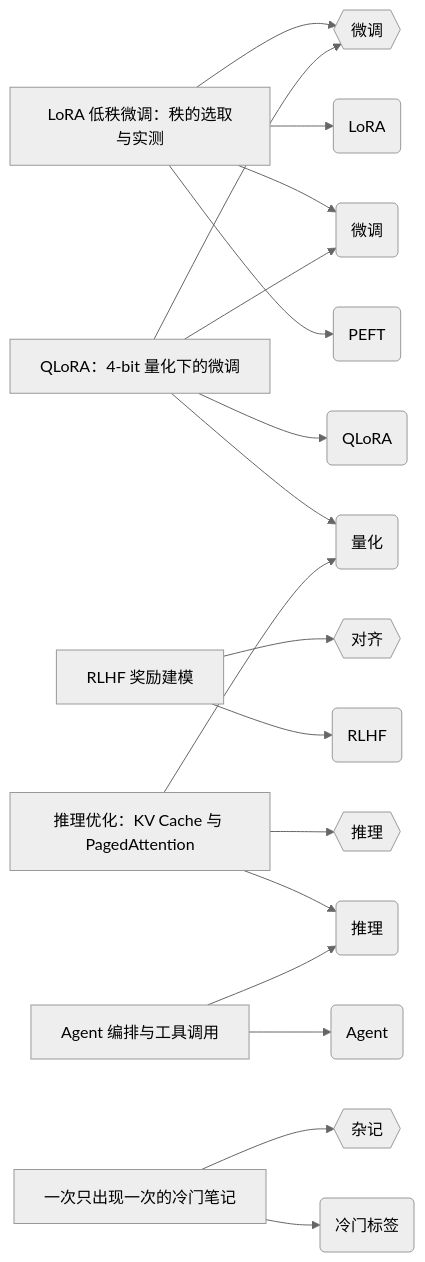
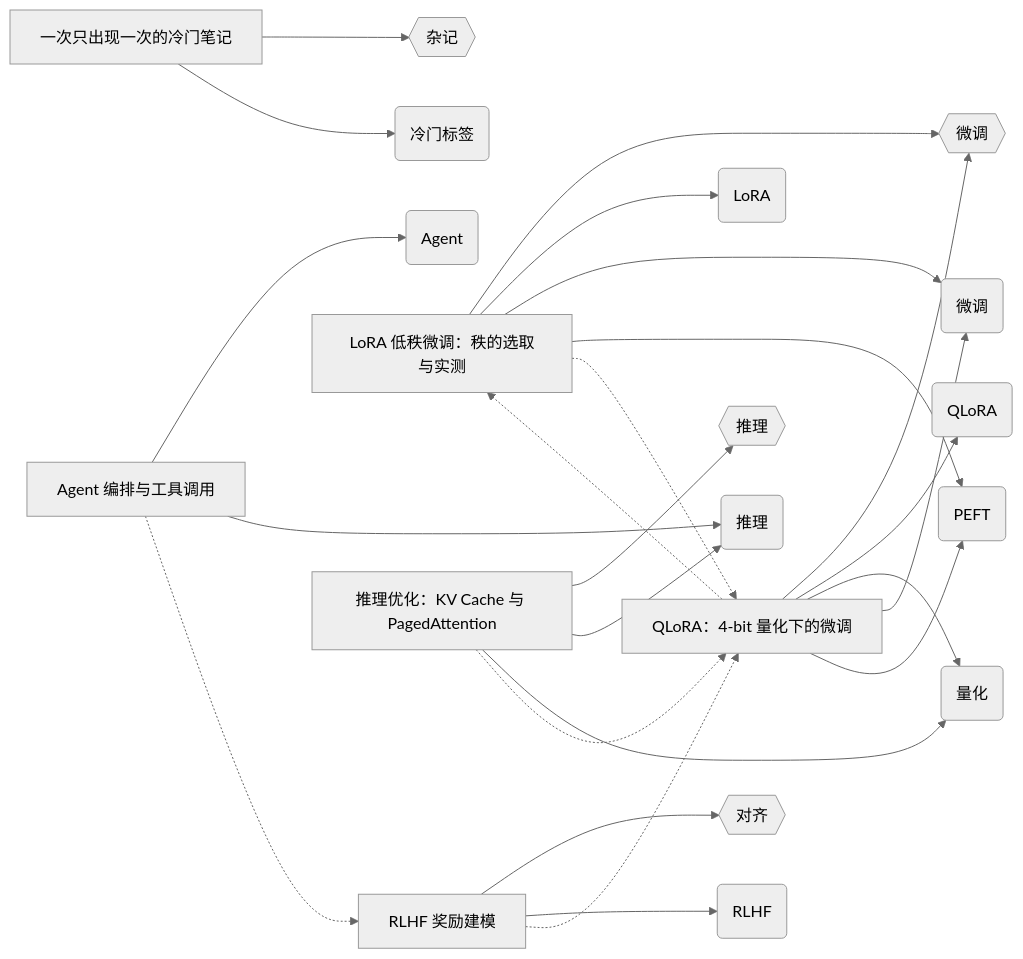
One commit to meiluosi/md-knowledge-graph changed the diagram in README.md. Above: the diagram before and after it, drawn with Mermaid (neutral theme). The commit also changed other lines of this file and 21 other files, not shown here.

First line of the commit message:
feat: 从「出图脚本」变成「知识库维护工具」

````diff
--- a/README.md
+++ b/README.md
@@ -15,39 +21,45 @@
 ```mermaid
 graph LR
   cat:微调{{"微调"}}
   cat:对齐{{"对齐"}}
   cat:推理{{"推理"}}
   cat:杂记{{"杂记"}}
   tag:lora("LoRA")
   tag:微调("微调")
   tag:peft("PEFT")
   tag:qlora("QLoRA")
   tag:量化("量化")
   tag:rlhf("RLHF")
   tag:推理("推理")
   tag:agent("Agent")
   tag:冷门标签("冷门标签")
   post:2026-01-05-lora-rank["LoRA 低秩微调：秩的选取与实测"]
   post:2026-01-08-qlora-4bit["QLoRA：4-bit 量化下的微调"]
   post:2026-01-12-rlhf-reward["RLHF 奖励建模"]
   post:2026-01-15-inference-kvcache["推理优化：KV Cache 与 PagedAttention"]
   post:2026-01-19-agent-orchestration["Agent 编排与工具调用"]
   post:2026-01-22-rare-note["一次只出现一次的冷门笔记"]
   post:2026-01-05-lora-rank --> cat:微调
   post:2026-01-05-lora-rank --> tag:lora
   post:2026-01-05-lora-rank --> tag:微调
   post:2026-01-05-lora-rank --> tag:peft
   post:2026-01-08-qlora-4bit --> cat:微调
   post:2026-01-08-qlora-4bit --> tag:qlora
   post:2026-01-08-qlora-4bit --> tag:量化
   post:2026-01-08-qlora-4bit --> tag:微调
+  post:2026-01-08-qlora-4bit --> tag:peft
   post:2026-01-12-rlhf-reward --> cat:对齐
   post:2026-01-12-rlhf-reward --> tag:rlhf
   post:2026-01-15-inference-kvcache --> cat:推理
   post:2026-01-15-inference-kvcache --> tag:推理
   post:2026-01-15-inference-kvcache --> tag:量化
   post:2026-01-19-agent-orchestration --> tag:agent
   post:2026-01-19-agent-orchestration --> tag:推理
   post:2026-01-22-rare-note --> cat:杂记
   post:2026-01-22-rare-note --> tag:冷门标签
+  post:2026-01-05-lora-rank -.-> post:2026-01-08-qlora-4bit
+  post:2026-01-08-qlora-4bit -.-> post:2026-01-05-lora-rank
+  post:2026-01-12-rlhf-reward -.-> post:2026-01-08-qlora-4bit
+  post:2026-01-15-inference-kvcache -.-> post:2026-01-08-qlora-4bit
+  post:2026-01-19-agent-orchestration -.-> post:2026-01-12-rlhf-reward
 ```
````
